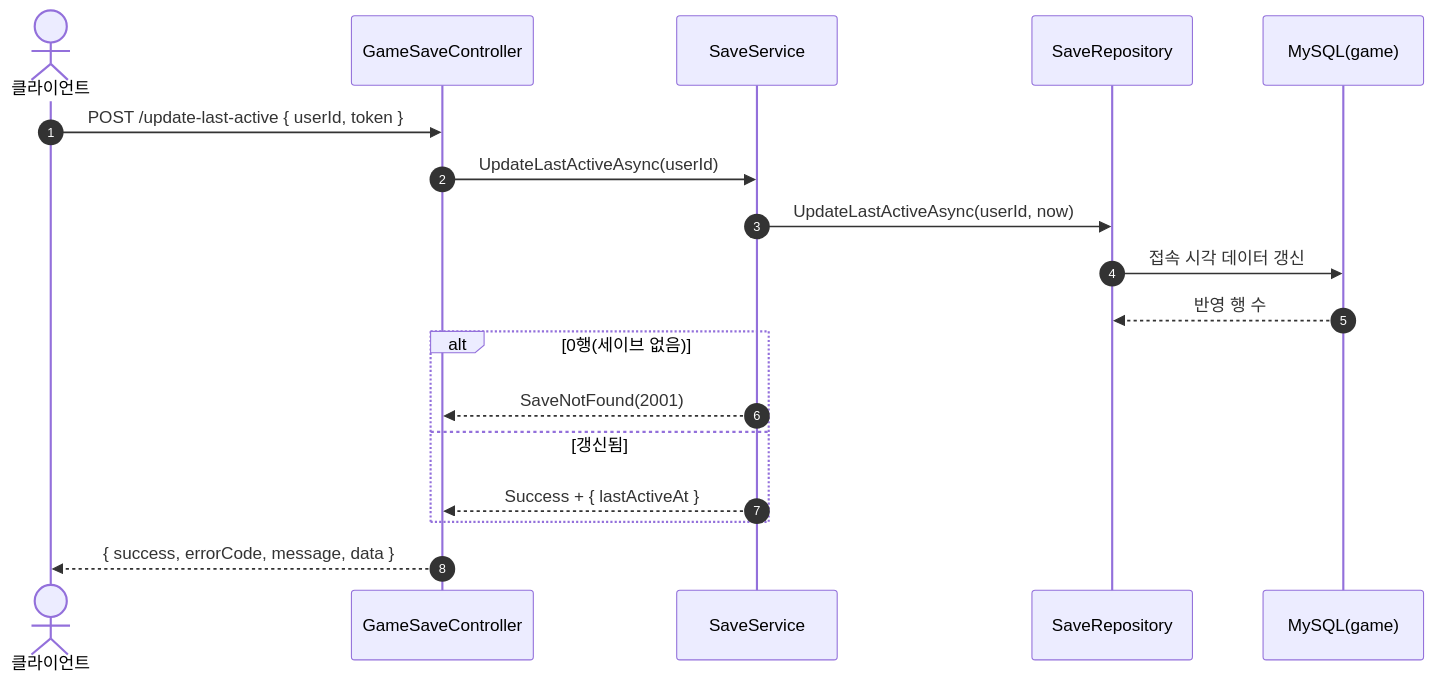
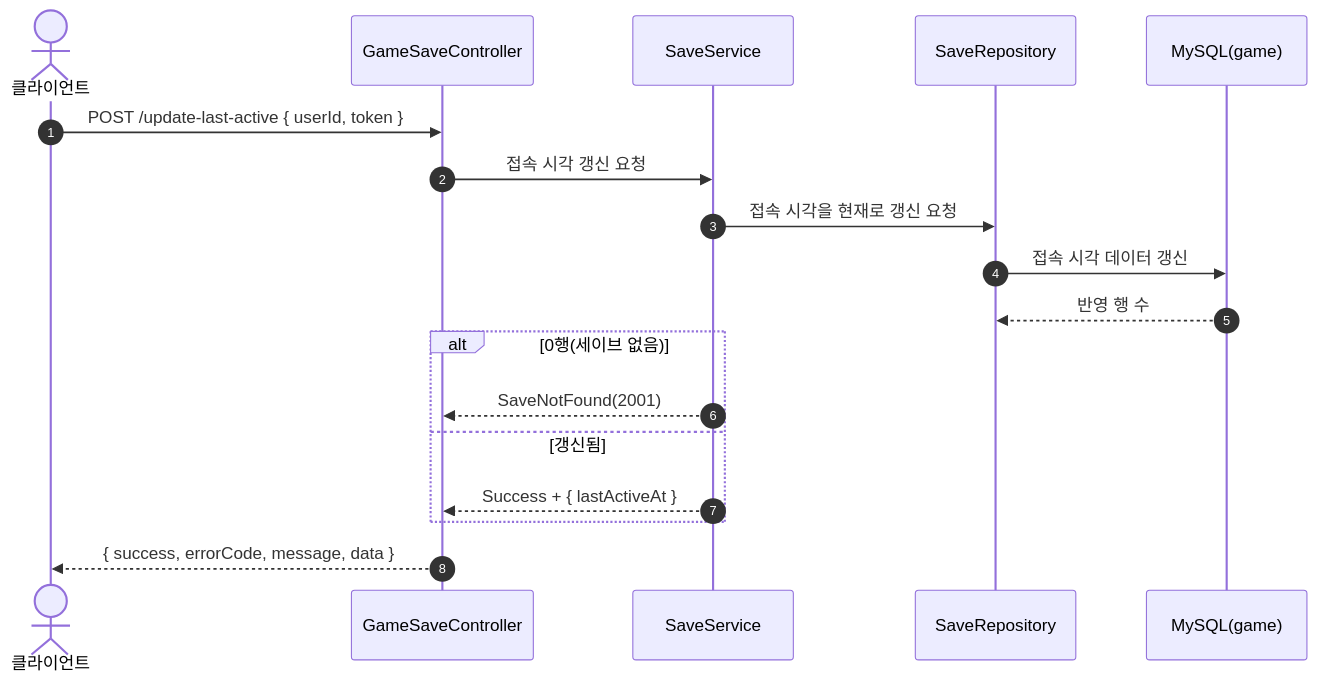
Before and after one commit to ks-wook/com2us-taskbar-hero: the third of 3 diagrams in SequenceDiagram/GameSaveController.md, drawn with Mermaid. The commit also changed other lines of this file and 7 other files, not shown here.

Commit message:
시퀀스 다이어그램 수정

````diff
--- a/SequenceDiagram/GameSaveController.md
+++ b/SequenceDiagram/GameSaveController.md
@@ -78,21 +78,21 @@
 ```mermaid
 sequenceDiagram
     autonumber
     actor C as 클라이언트
     participant Ctrl as GameSaveController
     participant Svc as SaveService
     participant Repo as SaveRepository
     participant DB as MySQL(game)
 
     C->>Ctrl: POST /update-last-active { userId, token }
-    Ctrl->>Svc: UpdateLastActiveAsync(userId)
-    Svc->>Repo: UpdateLastActiveAsync(userId, now)
+    Ctrl->>Svc: 접속 시각 갱신 요청
+    Svc->>Repo: 접속 시각을 현재로 갱신 요청
     Repo->>DB: 접속 시각 데이터 갱신
     DB-->>Repo: 반영 행 수
     alt 0행(세이브 없음)
         Svc-->>Ctrl: SaveNotFound(2001)
     else 갱신됨
         Svc-->>Ctrl: Success + { lastActiveAt }
     end
     Ctrl-->>C: { success, errorCode, message, data }
 ```
````
